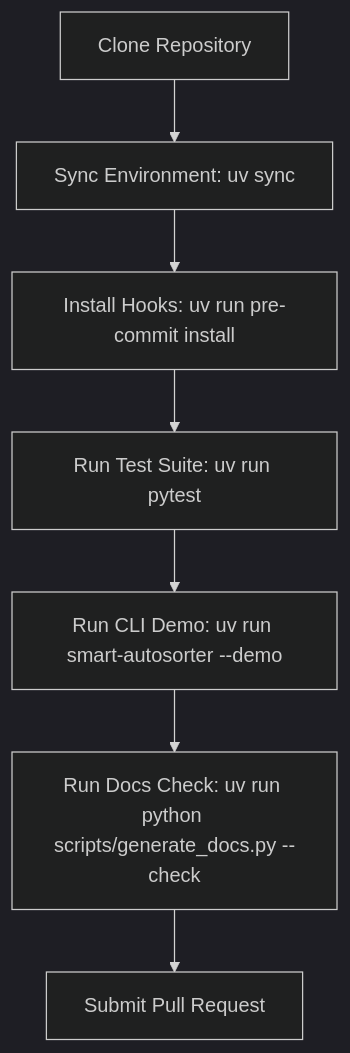
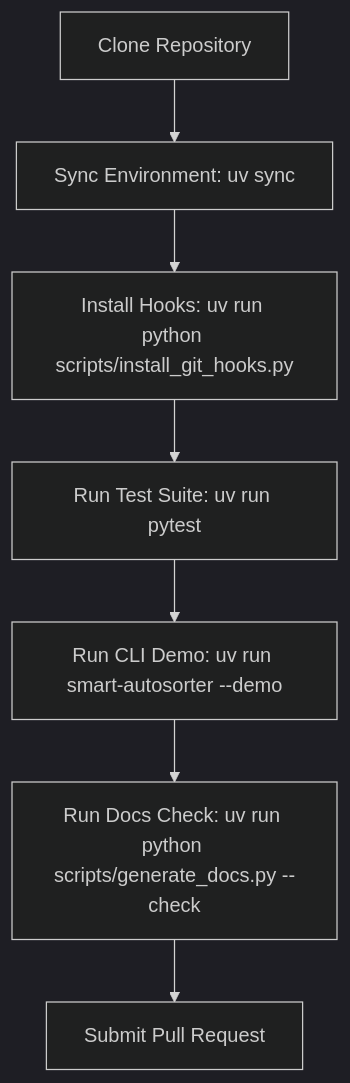
The diagram in docs/assets/diagrams/contributor_onboarding.mmd (fderuiter/sortify), drawn with Mermaid (dark theme) before and after one commit. The commit also changed 18 other files, not shown here.

Commit message:
chore(hooks): run offline local pre-commit hooks on Git-tracked files

```diff
--- a/docs/assets/diagrams/contributor_onboarding.mmd
+++ b/docs/assets/diagrams/contributor_onboarding.mmd
@@ -1,14 +1,14 @@
 flowchart TD
     A["Clone Repository"]
     B["Sync Environment: uv sync"]
-    C["Install Hooks: uv run pre-commit install"]
+    C["Install Hooks: uv run python scripts/install_git_hooks.py"]
     D["Run Test Suite: uv run pytest"]
     E["Run CLI Demo: uv run smart-autosorter --demo"]
     F["Run Docs Check: uv run python scripts/generate_docs.py --check"]
     G["Submit Pull Request"]
     A --> B
     B --> C
     C --> D
     D --> E
     E --> F
     F --> G
```
